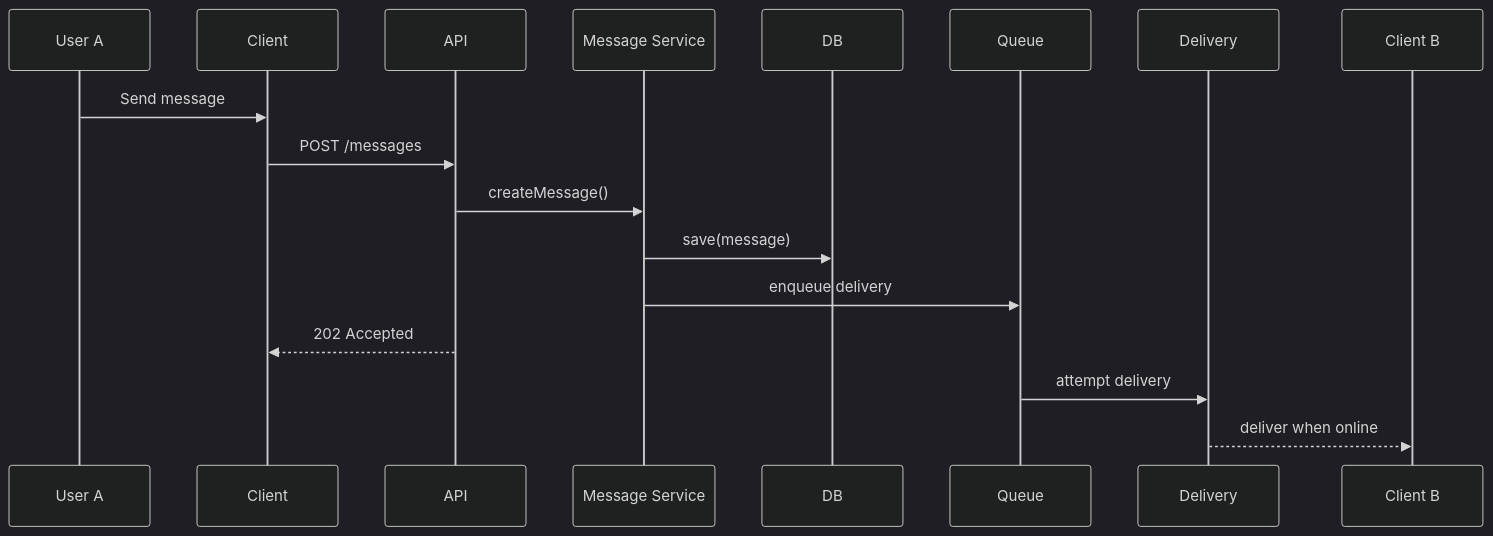
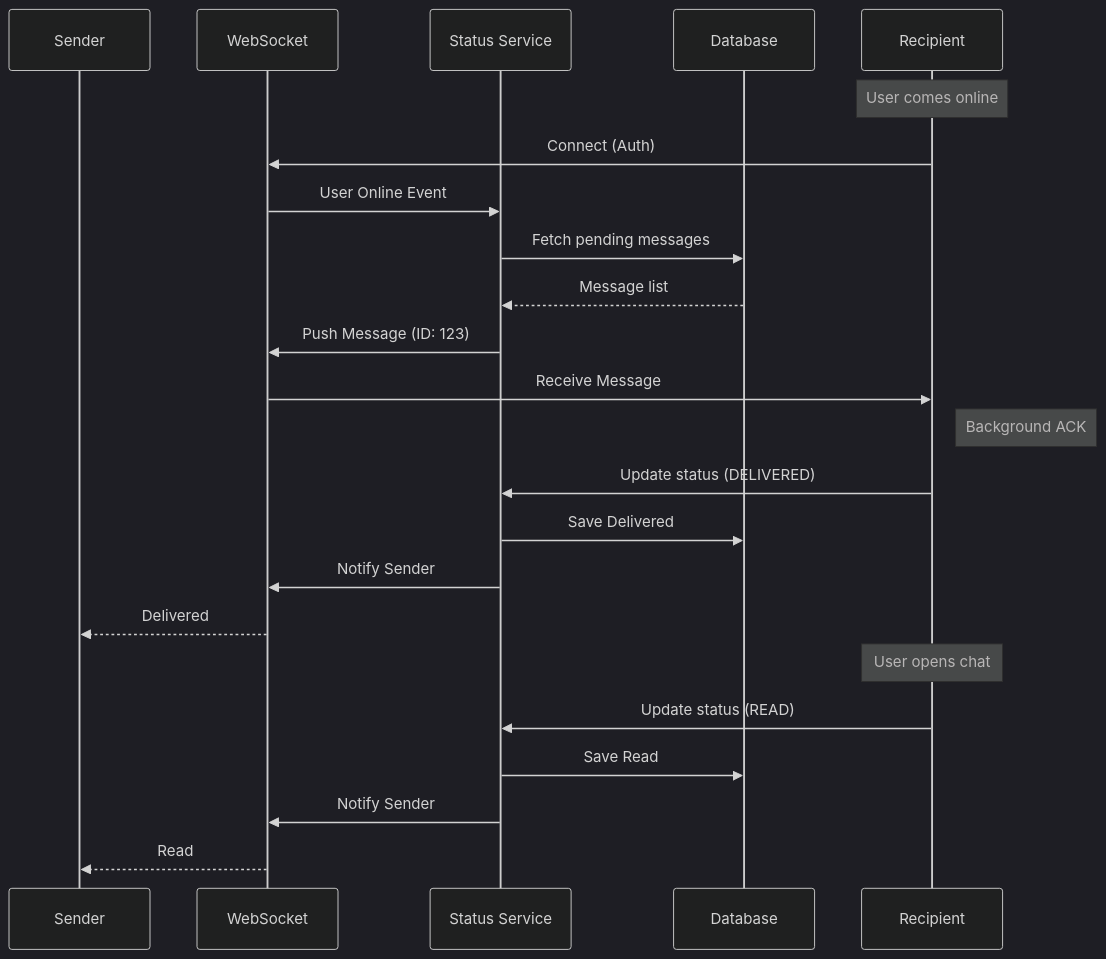
Before and after one commit to Artem-KAI/Software-Design-and-Documentation: the second of 3 diagrams in lab1/main.md, drawn with Mermaid (dark theme). The commit also changed other lines of this file, not shown here.

````diff
--- a/lab1/main.md
+++ b/lab1/main.md
@@ -55,19 +76,28 @@
 ```mermaid
 sequenceDiagram
-  participant A as User A
-  participant Client
-  participant API
-  participant Msg as Message Service
-  participant DB
-  participant Queue
-  participant Delivery
+    participant A as Sender
+    participant WS as WebSocket
+    participant SS as Status Service
+    participant DB as Database
+    participant B as Recipient
 
-  A->>Client: Send message
-  Client->>API: POST /messages
-  API->>Msg: createMessage()
-  Msg->>DB: save(message)
-  Msg->>Queue: enqueue delivery
-  API-->>Client: 202 Accepted
-  Queue->>Delivery: attempt delivery
-  Delivery-->>Client B: deliver when online
+    Note over B: User comes online
+    B->>WS: Connect (Auth)
+    WS->>SS: User Online Event
+    SS->>DB: Fetch pending messages
+    DB-->>SS: Message list
+    SS->>WS: Push Message (ID: 123)
+    WS->>B: Receive Message
+
+    Note right of B: Background ACK
+    B->>SS: Update status (DELIVERED)
+    SS->>DB: Save Delivered
+    SS->>WS: Notify Sender
+    WS-->>A: Delivered
+
+    Note over B: User opens chat
+    B->>SS: Update status (READ)
+    SS->>DB: Save Read
+    SS->>WS: Notify Sender
+    WS-->>A: Read
 ```
````
